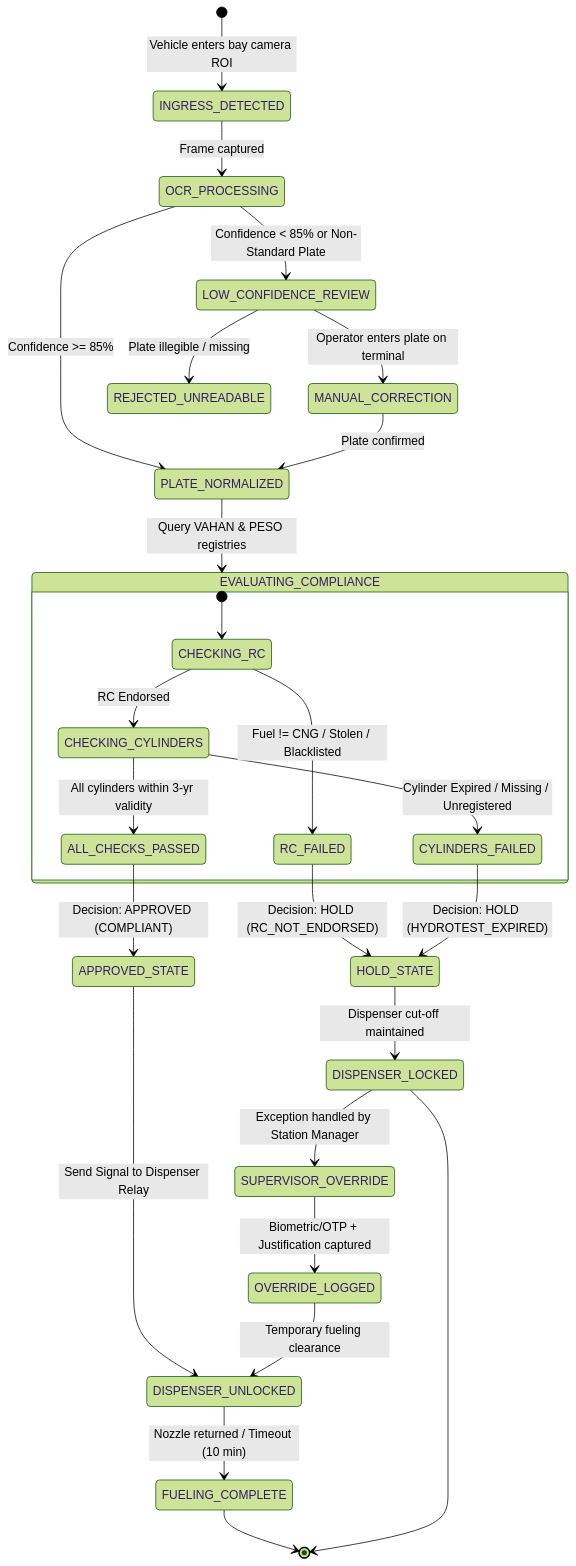
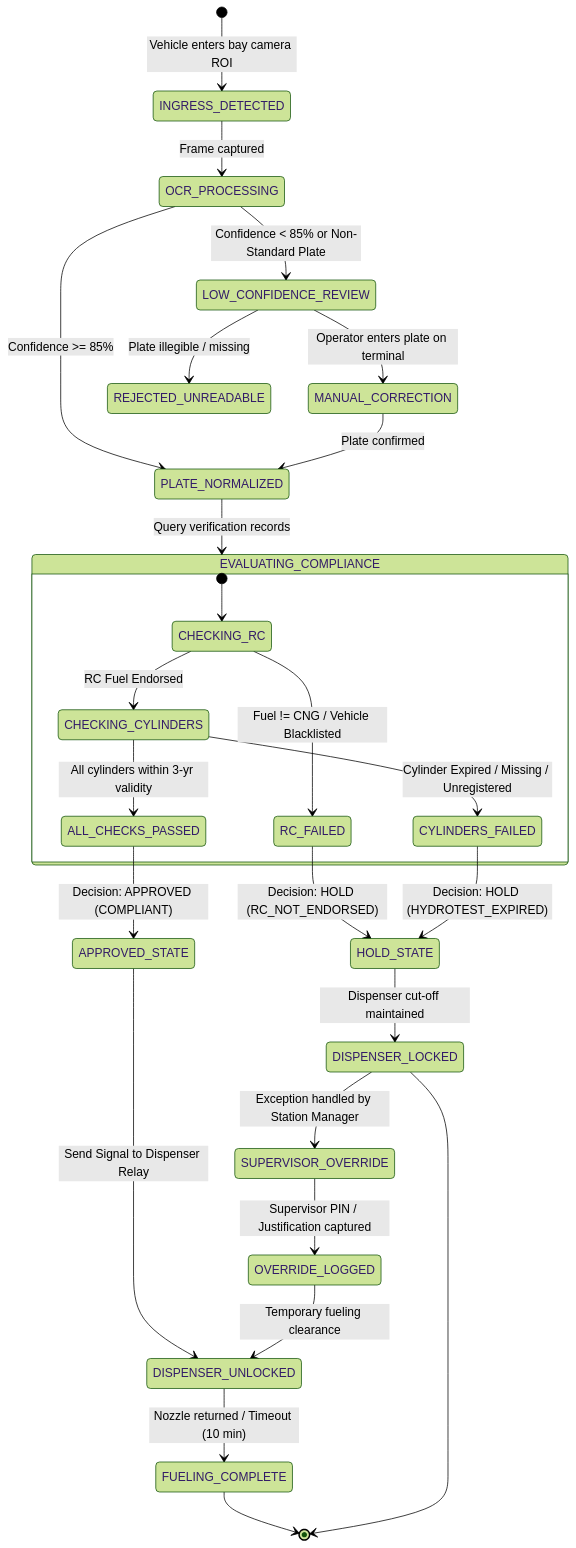
Before and after one commit to Mrinmoypatratint/SmartFuel: the second of 2 diagrams in Source/AppFlow.md, drawn with Mermaid (forest theme). The commit also changed other lines of this file and 6 other files, not shown here.

Commit message:
docs: align all source documentation with private commercial enterprise identity and live production architecture

````diff
--- a/Source/AppFlow.md
+++ b/Source/AppFlow.md
@@ -61,41 +62,41 @@
 ```mermaid
 stateDiagram-v2
     [*] --> INGRESS_DETECTED: Vehicle enters bay camera ROI
     
     INGRESS_DETECTED --> OCR_PROCESSING: Frame captured
     
     OCR_PROCESSING --> LOW_CONFIDENCE_REVIEW: Confidence < 85% or Non-Standard Plate
     OCR_PROCESSING --> PLATE_NORMALIZED: Confidence >= 85%
     
     LOW_CONFIDENCE_REVIEW --> MANUAL_CORRECTION: Operator enters plate on terminal
     LOW_CONFIDENCE_REVIEW --> REJECTED_UNREADABLE: Plate illegible / missing
     
     MANUAL_CORRECTION --> PLATE_NORMALIZED: Plate confirmed
     
-    PLATE_NORMALIZED --> EVALUATING_COMPLIANCE: Query VAHAN & PESO registries
+    PLATE_NORMALIZED --> EVALUATING_COMPLIANCE: Query verification records
     
     state EVALUATING_COMPLIANCE {
         [*] --> CHECKING_RC
-        CHECKING_RC --> RC_FAILED: Fuel != CNG / Stolen / Blacklisted
-        CHECKING_RC --> CHECKING_CYLINDERS: RC Endorsed
+        CHECKING_RC --> RC_FAILED: Fuel != CNG / Vehicle Blacklisted
+        CHECKING_RC --> CHECKING_CYLINDERS: RC Fuel Endorsed
         
         CHECKING_CYLINDERS --> CYLINDERS_FAILED: Cylinder Expired / Missing / Unregistered
         CHECKING_CYLINDERS --> ALL_CHECKS_PASSED: All cylinders within 3-yr validity
     }
     
     RC_FAILED --> HOLD_STATE: Decision: HOLD (RC_NOT_ENDORSED)
     CYLINDERS_FAILED --> HOLD_STATE: Decision: HOLD (HYDROTEST_EXPIRED)
     ALL_CHECKS_PASSED --> APPROVED_STATE: Decision: APPROVED (COMPLIANT)
     
     APPROVED_STATE --> DISPENSER_UNLOCKED: Send Signal to Dispenser Relay
     DISPENSER_UNLOCKED --> FUELING_COMPLETE: Nozzle returned / Timeout (10 min)
     
     HOLD_STATE --> DISPENSER_LOCKED: Dispenser cut-off maintained
     DISPENSER_LOCKED --> SUPERVISOR_OVERRIDE: Exception handled by Station Manager
     
-    SUPERVISOR_OVERRIDE --> OVERRIDE_LOGGED: Biometric/OTP + Justification captured
+    SUPERVISOR_OVERRIDE --> OVERRIDE_LOGGED: Supervisor PIN / Justification captured
     OVERRIDE_LOGGED --> DISPENSER_UNLOCKED: Temporary fueling clearance
     
     FUELING_COMPLETE --> [*]
     DISPENSER_LOCKED --> [*]
 ```
````
